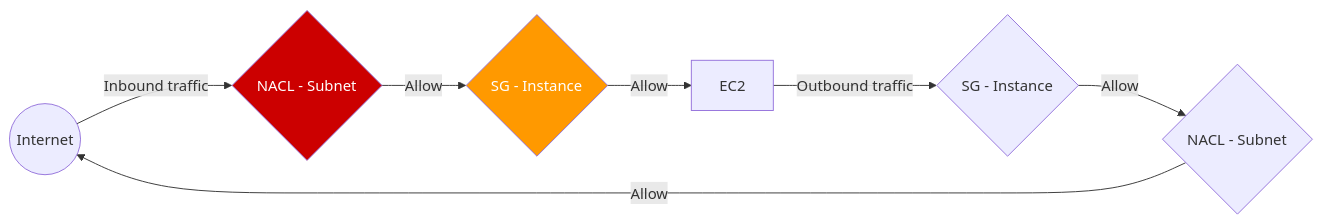
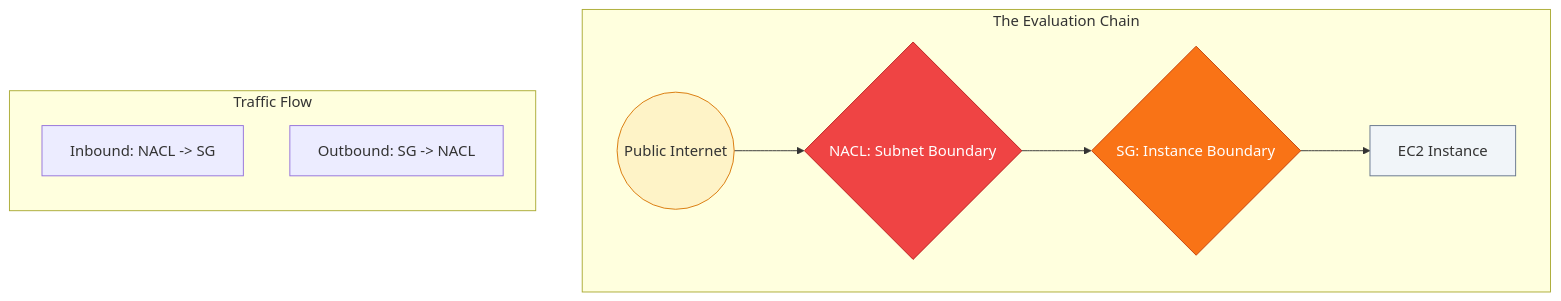
The diagram in 2-Intermediate/01-Phase-1/01-Networking/05-Network-Security-NACLs-SGs/03-Layered-Defense-Strategies/README.md (Ganil151/Devops), drawn with Mermaid before and after one commit. The commit also changed other lines of this file and 51 other files, not shown here.

````diff
--- a/2-Intermediate/01-Phase-1/01-Networking/05-Network-Security-NACLs-SGs/03-Layered-Defense-Strategies/README.md
+++ b/2-Intermediate/01-Phase-1/01-Networking/05-Network-Security-NACLs-SGs/03-Layered-Defense-Strategies/README.md
@@ -17,13 +5,20 @@
 ```mermaid
-graph LR
-    Internet((Internet)) -- Inbound traffic --> NACL{NACL - Subnet}
-    NACL -- Allow --> SG{SG - Instance}
-    SG -- Allow --> Instance[EC2]
+graph TD
+    subgraph Layers[The Evaluation Chain]
+        direction LR
+        Internet((Public Internet)) --> NACL{NACL: Subnet Boundary}
+        NACL --> SG{SG: Instance Boundary}
+        SG --> Instance[EC2 Instance]
+    end
 
-Instance -- Outbound traffic --> SG2{SG - Instance}
-    SG2 -- Allow --> NACL2{NACL - Subnet}
-    NACL2 -- Allow --> Internet
+    subgraph Logic[Traffic Flow]
+        direction TB
+        In[Inbound: NACL -> SG]
+        Out[Outbound: SG -> NACL]
+    end
 
-style NACL fill:#cc0000,color:#fff
-    style SG fill:#ff9900,color:#fff
+    style Internet fill:#fef3c7,stroke:#d97706
+    style NACL fill:#ef4444,stroke:#b91c1c,color:#fff
+    style SG fill:#f97316,stroke:#c2410c,color:#fff
+    style Instance fill:#f1f5f9,stroke:#64748b
 ```
````
